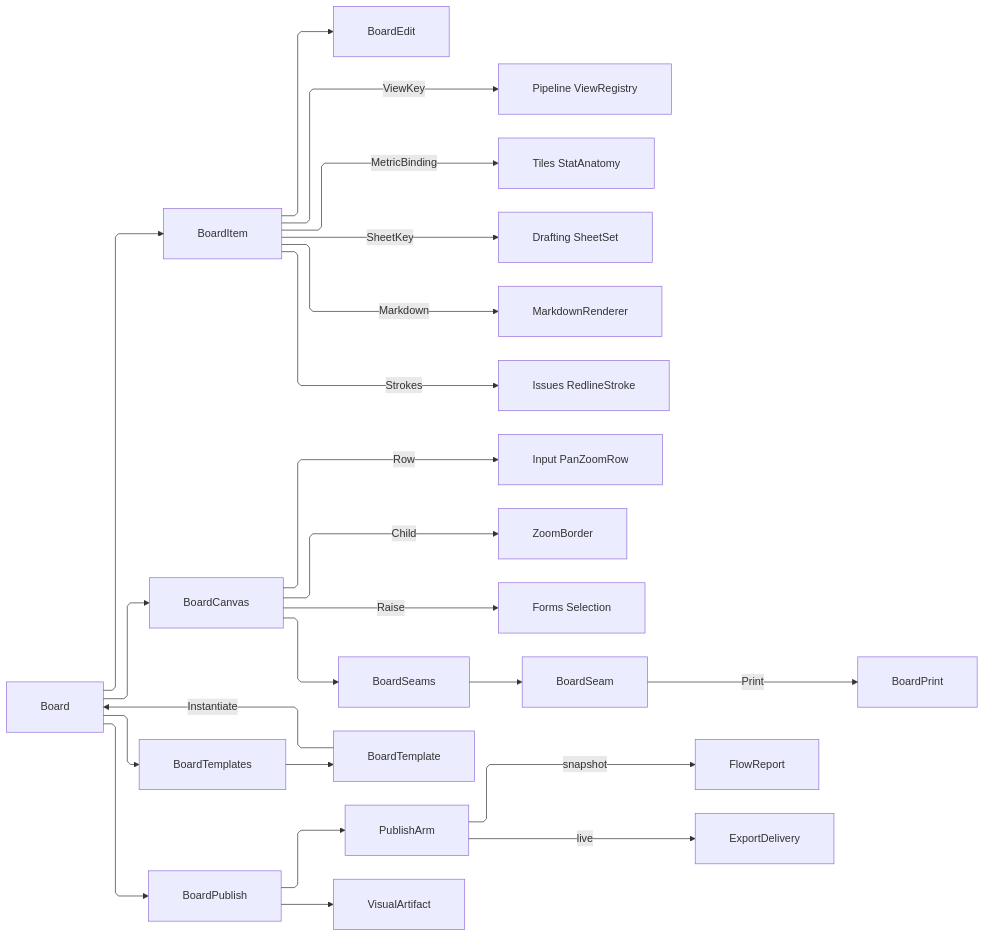
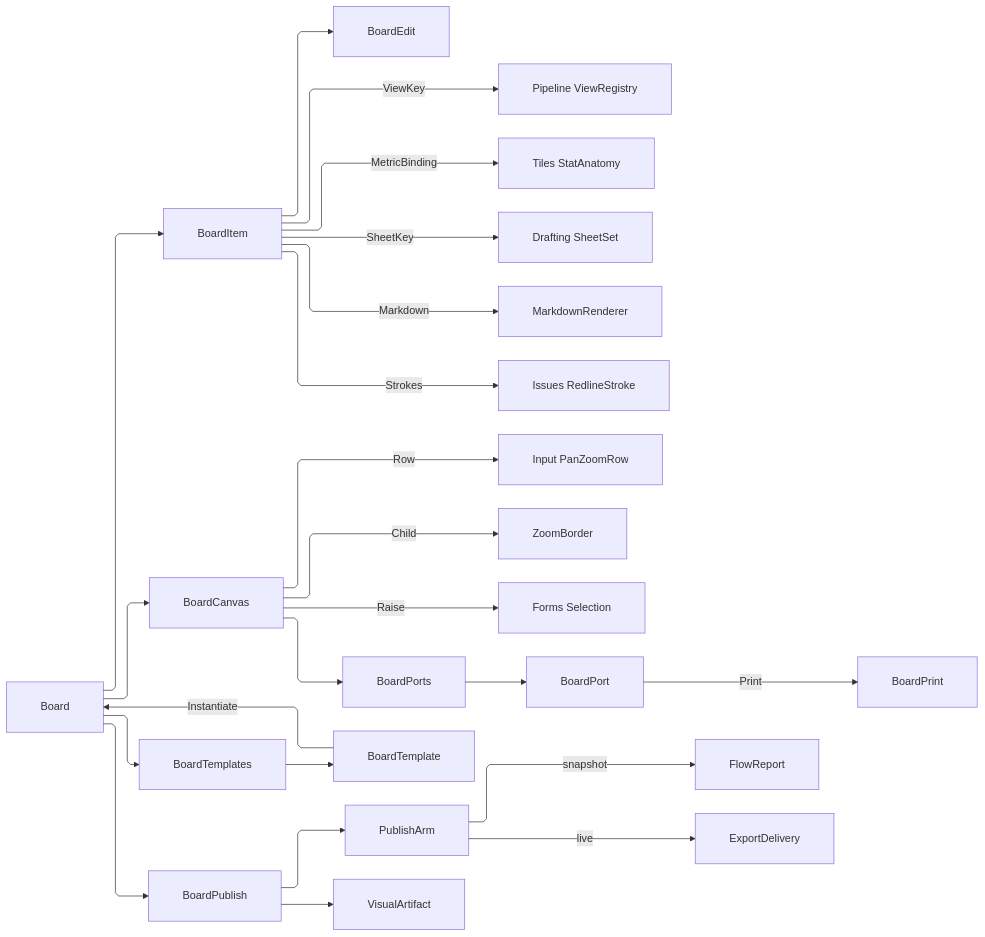
Before and after one commit to bsamiee/Rasm: the diagram in libs/dotnet/Rasm.AppUi/.planning/Document/board.md, drawn with Mermaid. The commit also changed other lines of this file and 1997 other files, not shown here.

````diff
--- a/libs/dotnet/Rasm.AppUi/.planning/Document/board.md
+++ b/libs/dotnet/Rasm.AppUi/.planning/Document/board.md
@@ -652,34 +652,34 @@
 ```mermaid
 ---
 config:
   layout: elk
   flowchart:
     curve: linear
     padding: 25
 ---
 flowchart LR
     accTitle: Board placement model, canvas composition, templating, and the two publish arms
     accDescr: A board holding placement rows that reference settled owners by key, a canvas seating them inside the shared zoom-and-pan viewport with selection routed to the one gesture fold, a template lifting references into slots for reuse, and a publish fold whose arm rows deliver either a paginated report or a live-structure document through the one export plane.
     Board --> BoardItem
     BoardItem -->|ViewKey| ViewRegistry["Pipeline ViewRegistry"]
     BoardItem -->|MetricBinding| StatAnatomy["Tiles StatAnatomy"]
     BoardItem -->|SheetKey| SheetSet["Drafting SheetSet"]
     BoardItem -->|Markdown| MarkdownRenderer
     BoardItem -->|Strokes| RedlineStroke["Issues RedlineStroke"]
     BoardItem --> BoardEdit
     Board --> BoardCanvas
     BoardCanvas -->|Row| PanZoomRow["Input PanZoomRow"]
     BoardCanvas -->|Child| ZoomBorder
     BoardCanvas -->|Raise| Selection["Forms Selection"]
-    BoardCanvas --> BoardSeams
-    BoardSeams --> BoardSeam
+    BoardCanvas --> BoardPorts
+    BoardPorts --> BoardPort
     Board --> BoardTemplates
     BoardTemplates --> BoardTemplate
     BoardTemplate -->|Instantiate| Board
     Board --> BoardPublish
     BoardPublish --> PublishArm
     PublishArm -->|snapshot| FlowReport
     PublishArm -->|live| ExportDelivery
-    BoardSeam -->|Print| BoardPrint
+    BoardPort -->|Print| BoardPrint
     BoardPublish --> VisualArtifact
 ```
````
